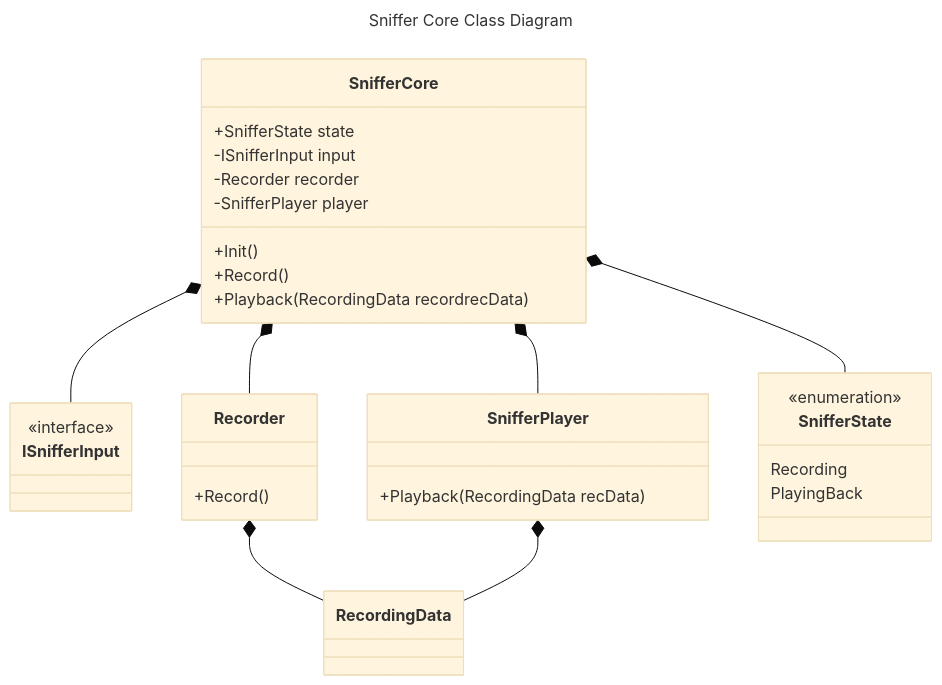
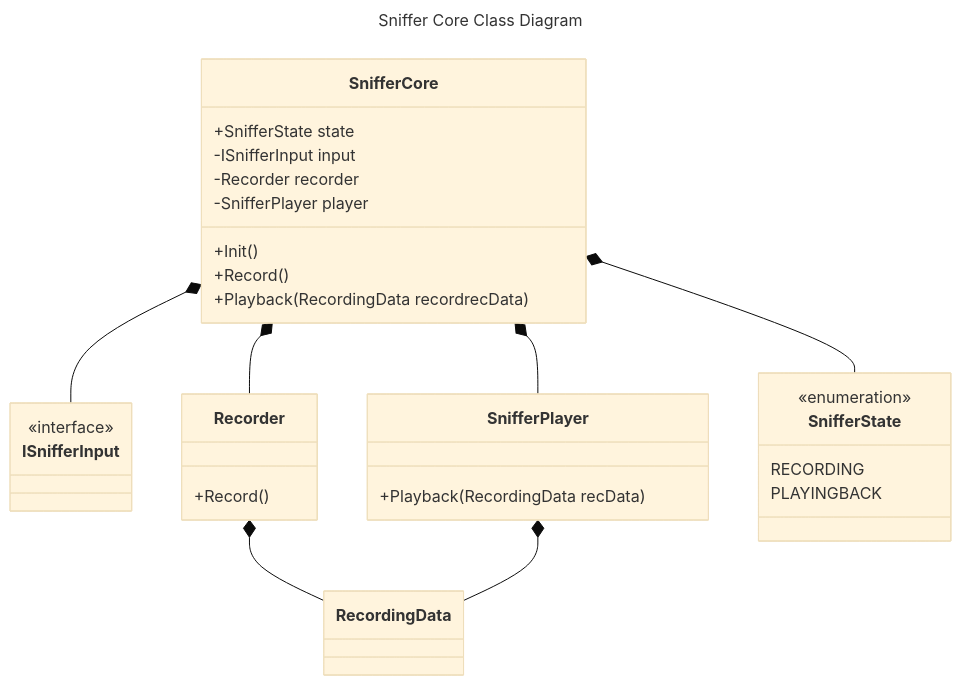
Before and after one commit to cmcm21/QAUnityTool: the first of 5 diagrams in sniffer_vault/Architecture/Sniffer Class Diagrams.md, drawn with Mermaid (base theme). The commit also changed other lines of this file and 41 other files, not shown here.

````diff
--- a/sniffer_vault/Architecture/Sniffer Class Diagrams.md
+++ b/sniffer_vault/Architecture/Sniffer Class Diagrams.md
@@ -3,47 +3,47 @@
 ```mermaid
 ---
 title: Sniffer Core Class Diagram
 ---
 
 classDiagram 
 direction TB
 
 class ISnifferInput{
 <<interface>>
 }
 
 class Recorder{
 +Record()
 }
 class SnifferPlayer{
 +Playback(RecordingData recData)
 }
 
 class SnifferCore
 
 SnifferCore: +Init()
 SnifferCore: +Record()
 SnifferCore: +Playback(RecordingData recordrecData)
 SnifferCore: +SnifferState state
 SnifferCore: -ISnifferInput input
 SnifferCore: -Recorder recorder
 SnifferCore: -SnifferPlayer player
 
 class SnifferState{
 	<<enumeration>>
-	Recording
-	PlayingBack
+	RECORDING
+	PLAYINGBACK
 }
 
 class RecordingData{
 	
 }
 
 
 SnifferCore *--SnifferState
 SnifferCore *--ISnifferInput
 SnifferCore *--Recorder
 SnifferCore *--SnifferPlayer
 Recorder*--RecordingData
 SnifferPlayer*--RecordingData
 ```
````
